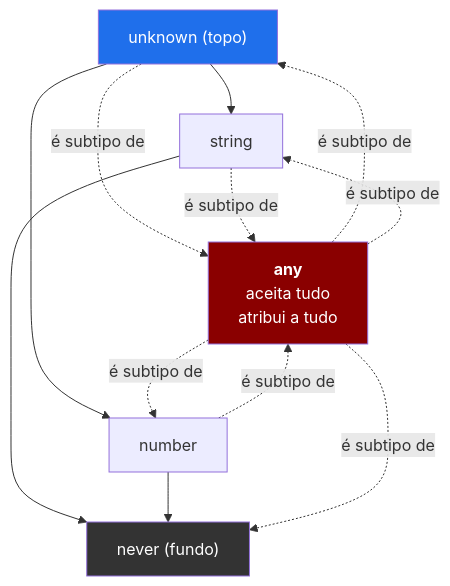
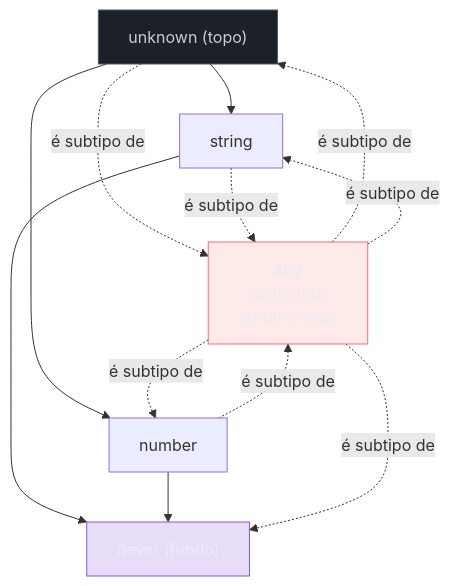
Before and after one commit to josenaldo/codex-technomanticus: the fourth of 4 diagrams in 03-Dominios/Tecnologia/TypeScript/04 - any, unknown e never.md, drawn with Mermaid. The commit also changed other lines of this file and 1181 other files, not shown here.

First line of the commit message:
fix(diagramas): paleta do sistema no lugar de cor cravada no markdown

````diff
--- a/03-Dominios/Tecnologia/TypeScript/04 - any, unknown e never.md
+++ b/03-Dominios/Tecnologia/TypeScript/04 - any, unknown e never.md
@@ -315,25 +320,28 @@
 ```mermaid
 graph TB
+    classDef falha fill:#FF6B6B24,stroke:#FF6B6B,color:#E9ECF2
+    classDef neutro fill:#1B2029,stroke:#4E5666,color:#C6CCD8
+    classDef marca fill:#8855DF33,stroke:#8855DF,color:#E9ECF2
     UNK["unknown (topo)"]
     STR["string"]
     NUM["number"]
     NEV["never (fundo)"]
     ANY["<b>any</b><br/>aceita tudo<br/>atribui a tudo"]
 
     UNK --> STR
     UNK --> NUM
     STR --> NEV
     NUM --> NEV
 
     ANY -.->|"é subtipo de"| UNK
     ANY -.->|"é subtipo de"| STR
     ANY -.->|"é subtipo de"| NUM
     ANY -.->|"é subtipo de"| NEV
     UNK -.->|"é subtipo de"| ANY
     STR -.->|"é subtipo de"| ANY
     NUM -.->|"é subtipo de"| ANY
 
-    style ANY fill:#8a0000,color:#fff
-    style UNK fill:#1f6feb,color:#fff
-    style NEV fill:#333,color:#fff
+    class ANY falha
+    class UNK neutro
+    class NEV marca
 ```
````
